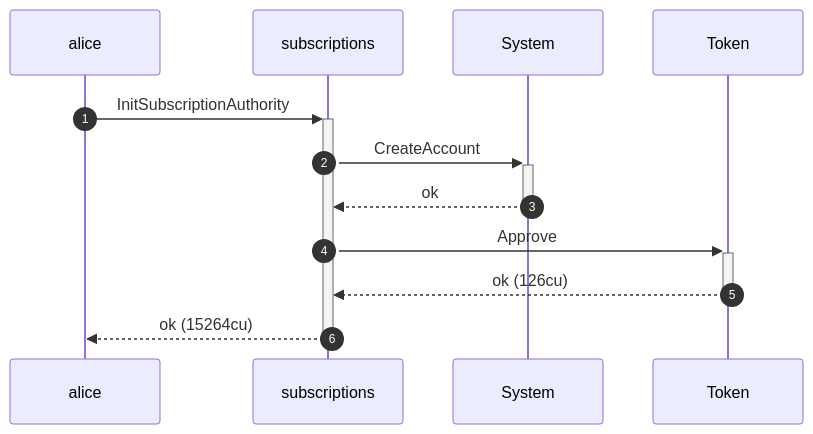
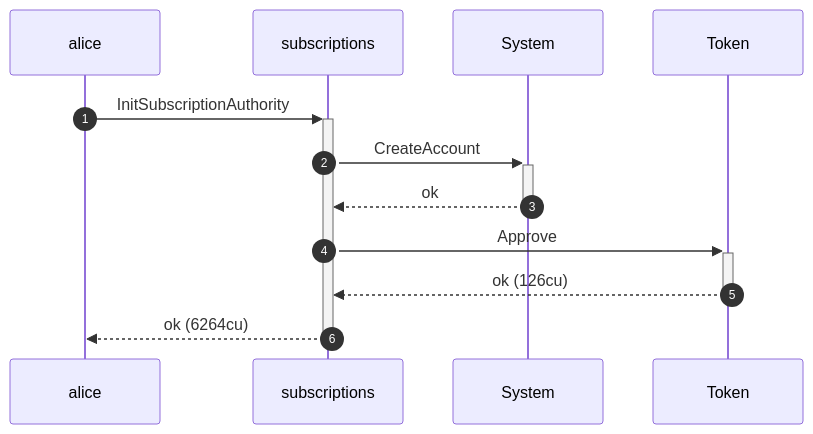
The second of 4 diagrams in dsl_tests/close-with-the-wrong-receiver-is-unauthorized.md (cds-rs/subscriptions), drawn with Mermaid before and after one commit. The commit also changed other lines of this file and 224 other files, not shown here.

````diff
--- a/dsl_tests/close-with-the-wrong-receiver-is-unauthorized.md
+++ b/dsl_tests/close-with-the-wrong-receiver-is-unauthorized.md
@@ -37,14 +38,14 @@
 ```mermaid
 sequenceDiagram
     autonumber
     participant alice
     participant subscriptions
     participant System
     participant Token
     alice ->>+ subscriptions: InitSubscriptionAuthority
     subscriptions ->>+ System: CreateAccount
     System -->>- subscriptions: ok
     subscriptions ->>+ Token: Approve
     Token -->>- subscriptions: ok (126cu)
-    subscriptions -->>- alice: ok (15264cu)
+    subscriptions -->>- alice: ok (6264cu)
 ```
````
